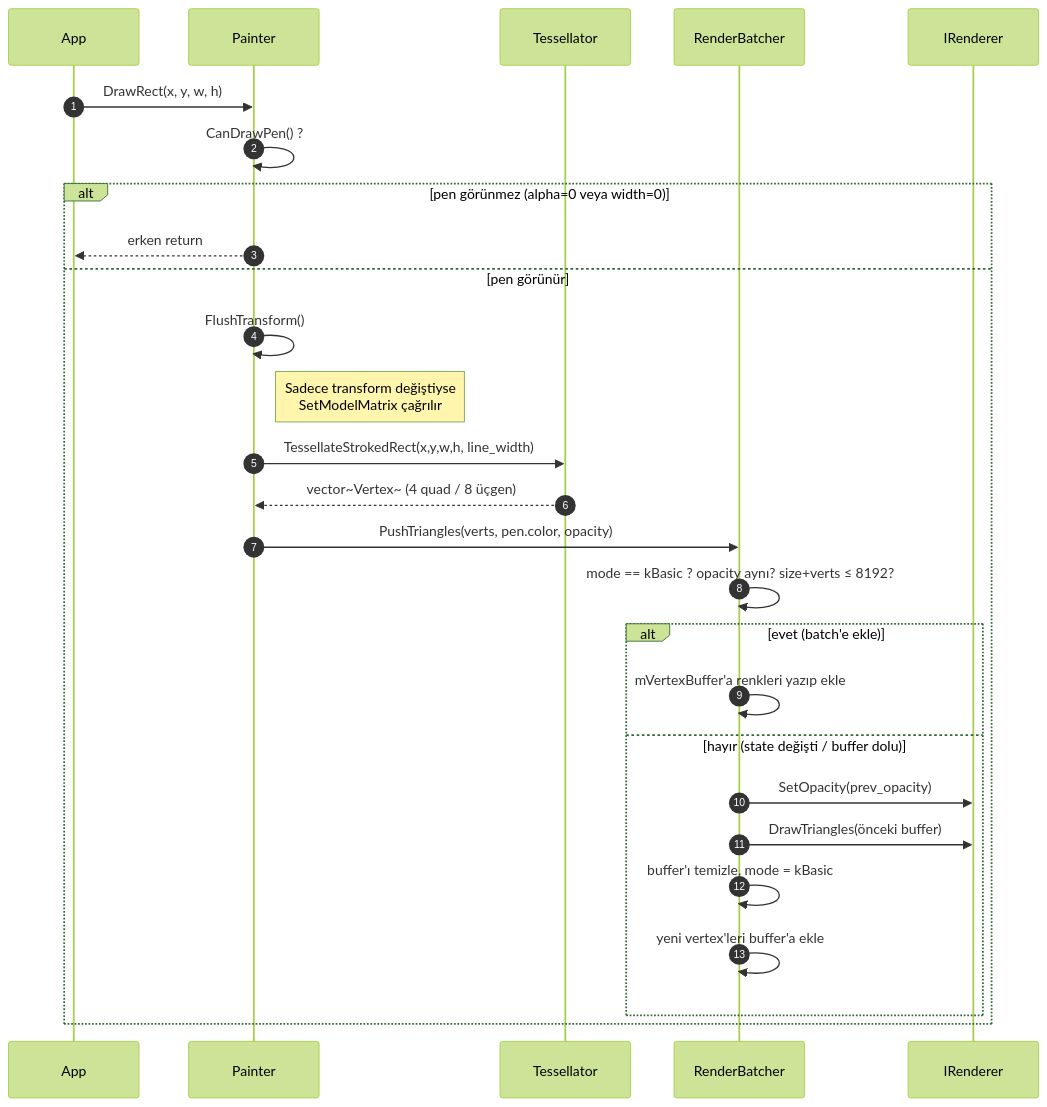
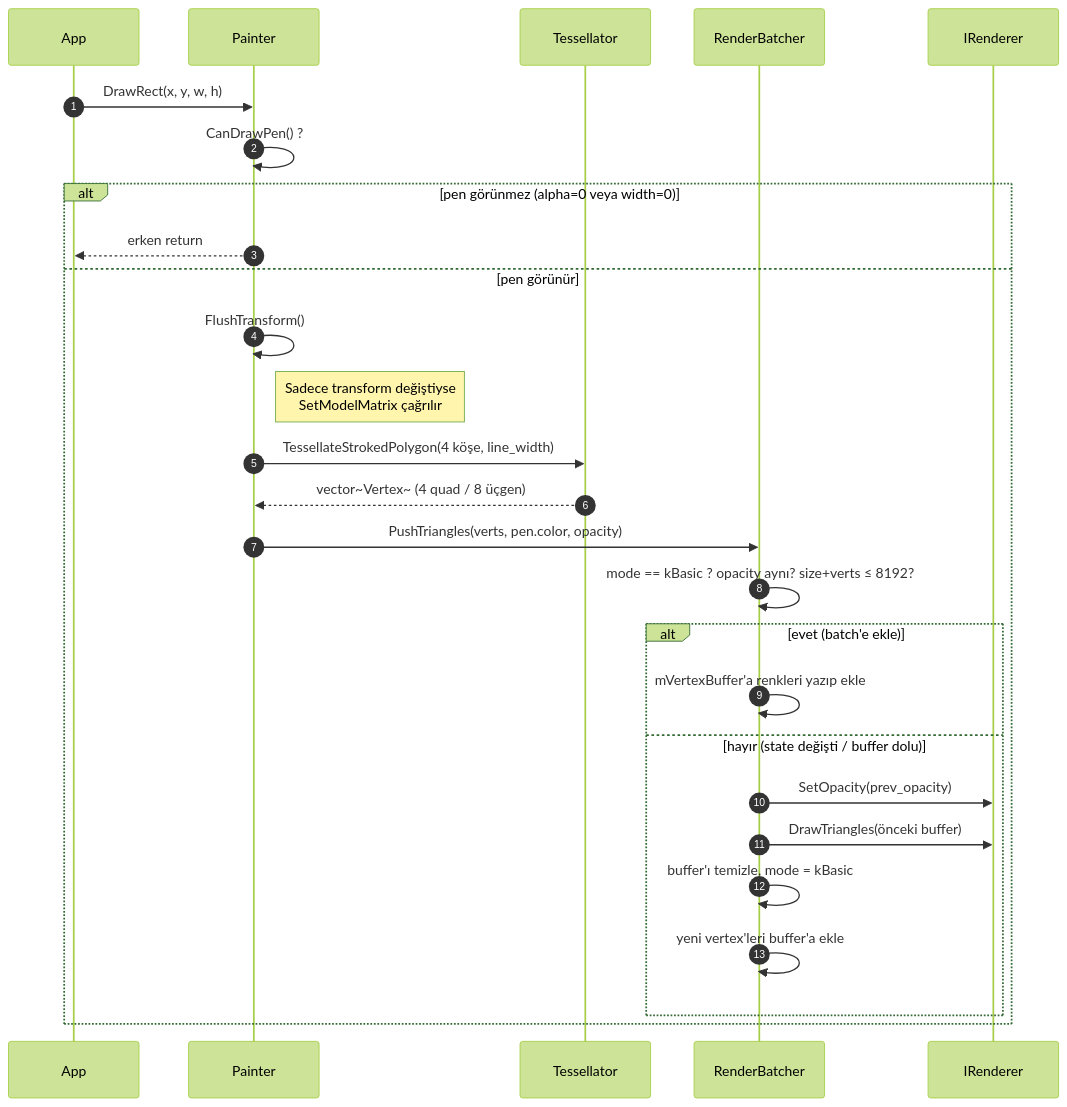
One commit to yazilimperver/sdl-painter changed the second of 13 diagrams in doc/akislar.md. Above: the diagram before and after it, drawn with Mermaid (forest theme). The commit also changed 11 other files, not shown here.

````diff
--- a/doc/akislar.md
+++ b/doc/akislar.md
@@ -69,30 +69,30 @@
 ```mermaid
 sequenceDiagram
     autonumber
     participant App
     participant P as Painter
     participant T as Tessellator
     participant B as RenderBatcher
     participant R as IRenderer
 
     App->>P: DrawRect(x, y, w, h)
     P->>P: CanDrawPen() ?
     alt pen görünmez (alpha=0 veya width=0)
         P-->>App: erken return
     else pen görünür
         P->>P: FlushTransform()
         Note right of P: Sadece transform değiştiyse<br/>SetModelMatrix çağrılır
-        P->>T: TessellateStrokedRect(x,y,w,h, line_width)
+        P->>T: TessellateStrokedPolygon(4 köşe, line_width)
         T-->>P: vector~Vertex~ (4 quad / 8 üçgen)
         P->>B: PushTriangles(verts, pen.color, opacity)
         B->>B: mode == kBasic ? opacity aynı? size+verts ≤ 8192?
         alt evet (batch'e ekle)
             B->>B: mVertexBuffer'a renkleri yazıp ekle
         else hayır (state değişti / buffer dolu)
             B->>R: SetOpacity(prev_opacity)
             B->>R: DrawTriangles(önceki buffer)
             B->>B: buffer'ı temizle, mode = kBasic
             B->>B: yeni vertex'leri buffer'a ekle
         end
     end
 ```
````
